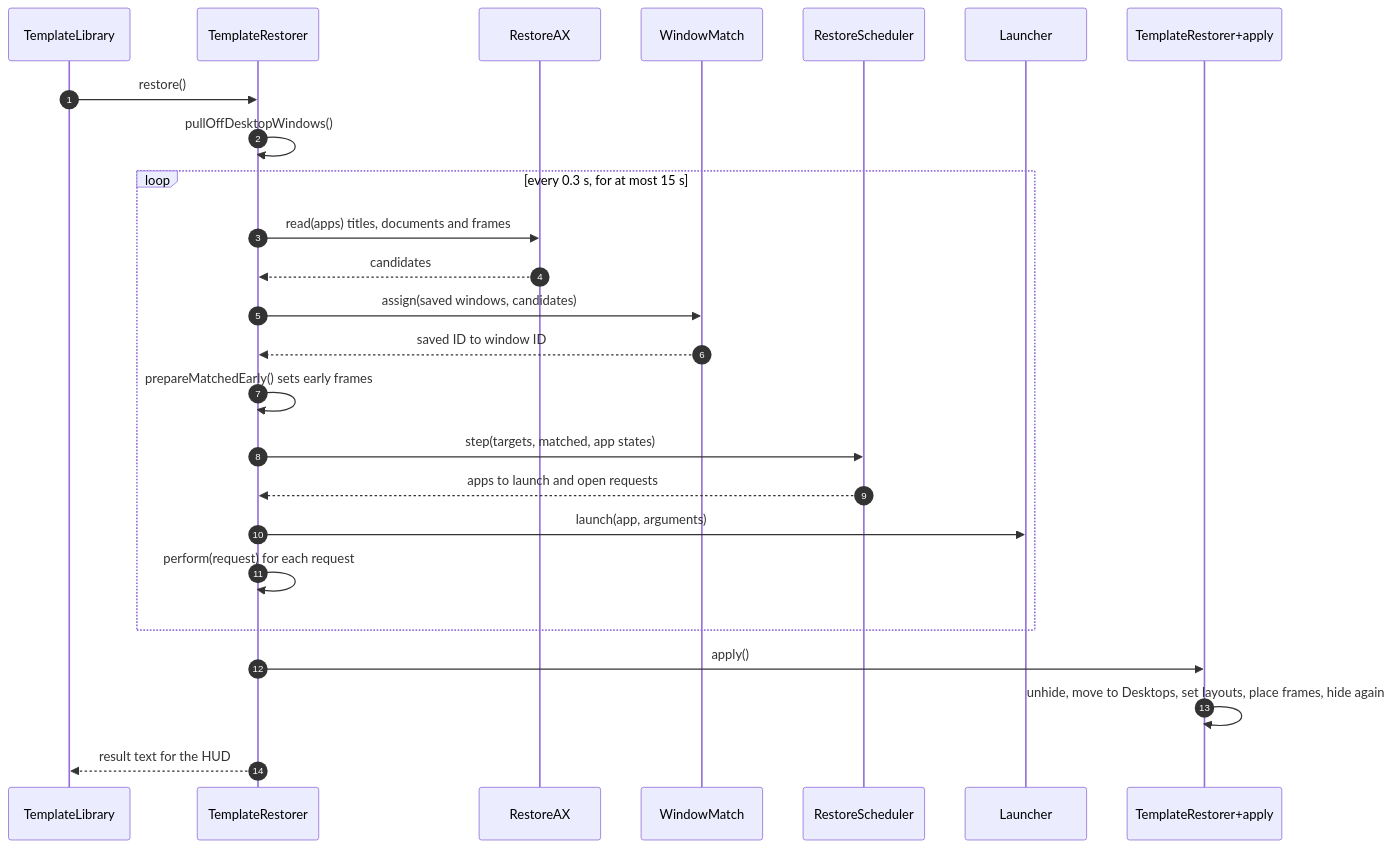
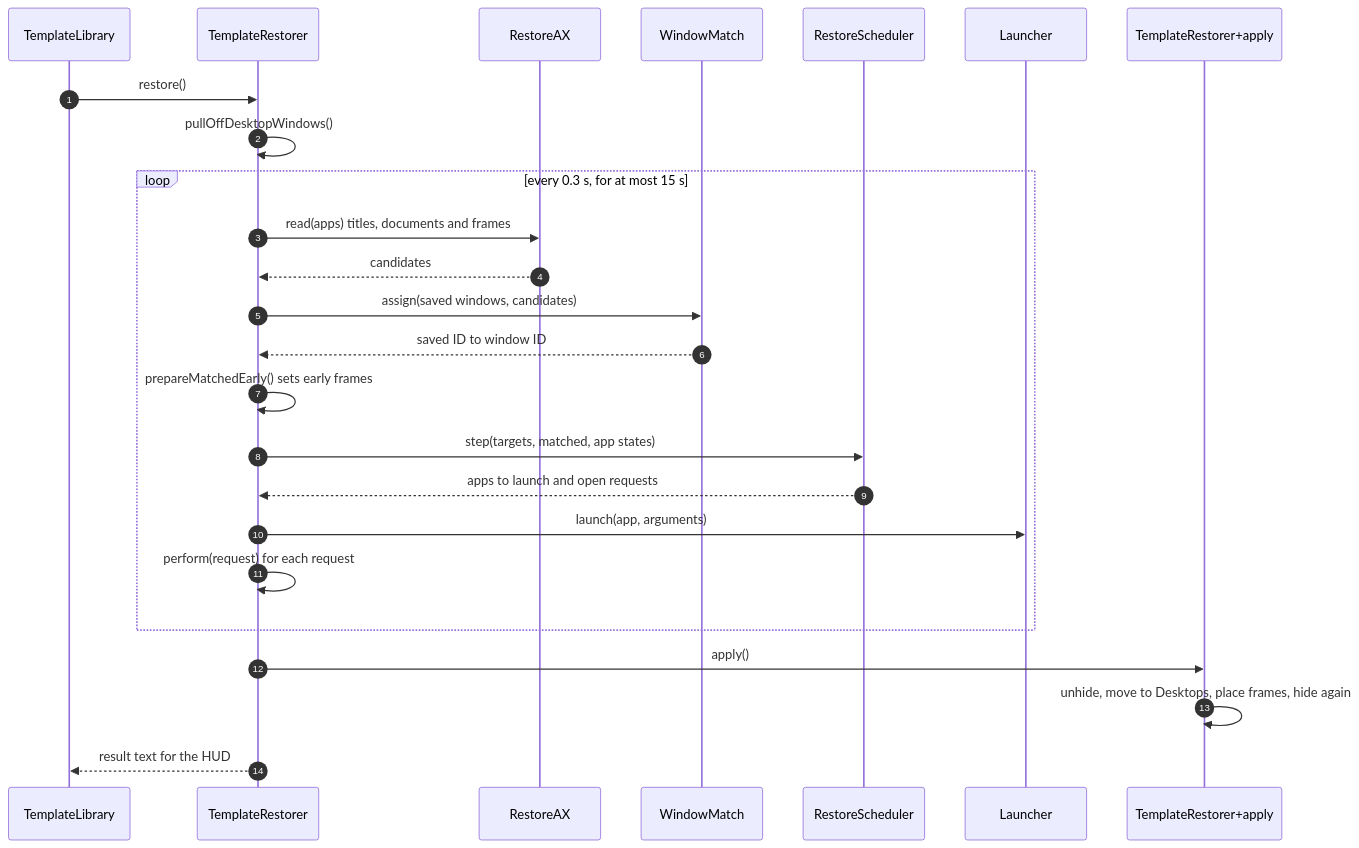
The tenth of 16 diagrams in docs/internals/window-session.md (ganya002/CatWM), drawn with Mermaid before and after one commit. The commit also changed other lines of this file and 134 other files, not shown here.

````diff
--- a/docs/internals/window-session.md
+++ b/docs/internals/window-session.md
@@ -281,28 +281,28 @@
 ```mermaid
 sequenceDiagram
     autonumber
     participant Lib as TemplateLibrary
     participant R as TemplateRestorer
     participant RAX as RestoreAX
     participant M as WindowMatch
     participant S as RestoreScheduler
     participant L as Launcher
     participant A as TemplateRestorer+apply
 
     Lib->>R: restore()
     R->>R: pullOffDesktopWindows()
     loop every 0.3 s, for at most 15 s
         R->>RAX: read(apps) titles, documents and frames
         RAX-->>R: candidates
         R->>M: assign(saved windows, candidates)
         M-->>R: saved ID to window ID
         R->>R: prepareMatchedEarly() sets early frames
         R->>S: step(targets, matched, app states)
         S-->>R: apps to launch and open requests
         R->>L: launch(app, arguments)
         R->>R: perform(request) for each request
     end
     R->>A: apply()
-    A->>A: unhide, move to Desktops, set layouts, place frames, hide again
+    A->>A: unhide, move to Desktops, place frames, hide again
     R-->>Lib: result text for the HUD
 ```
````
